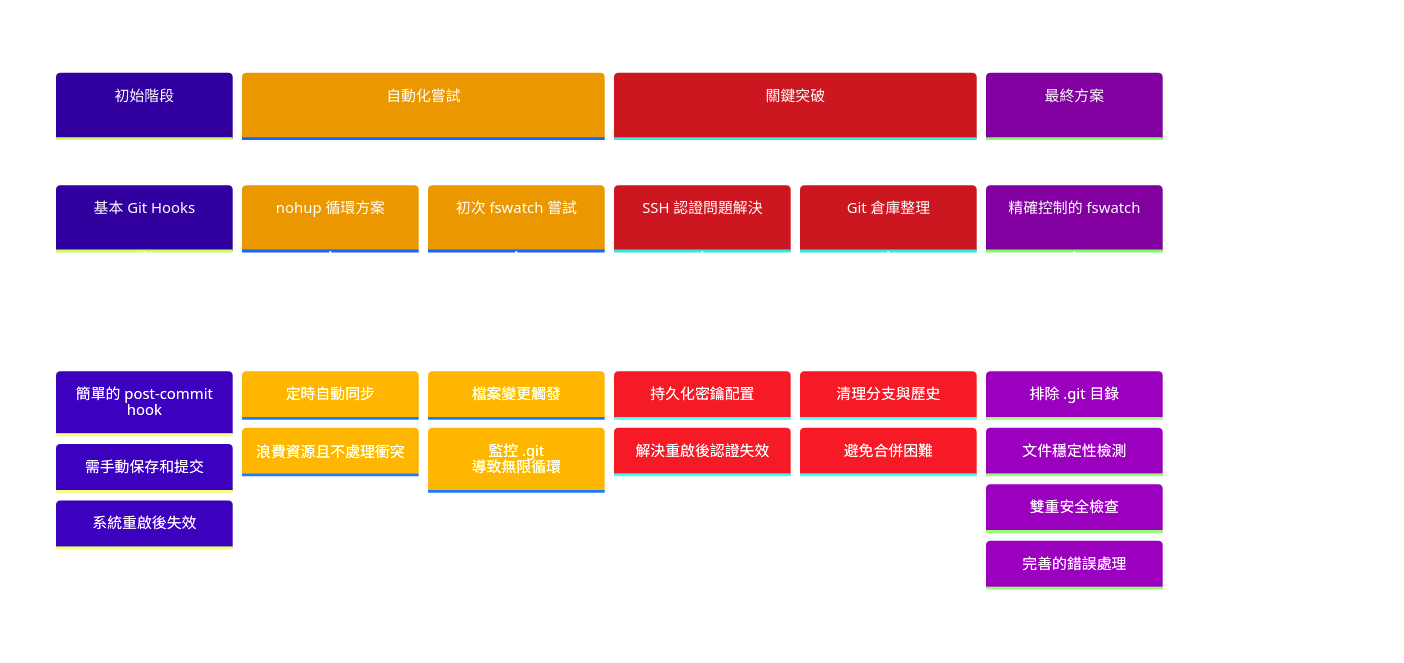
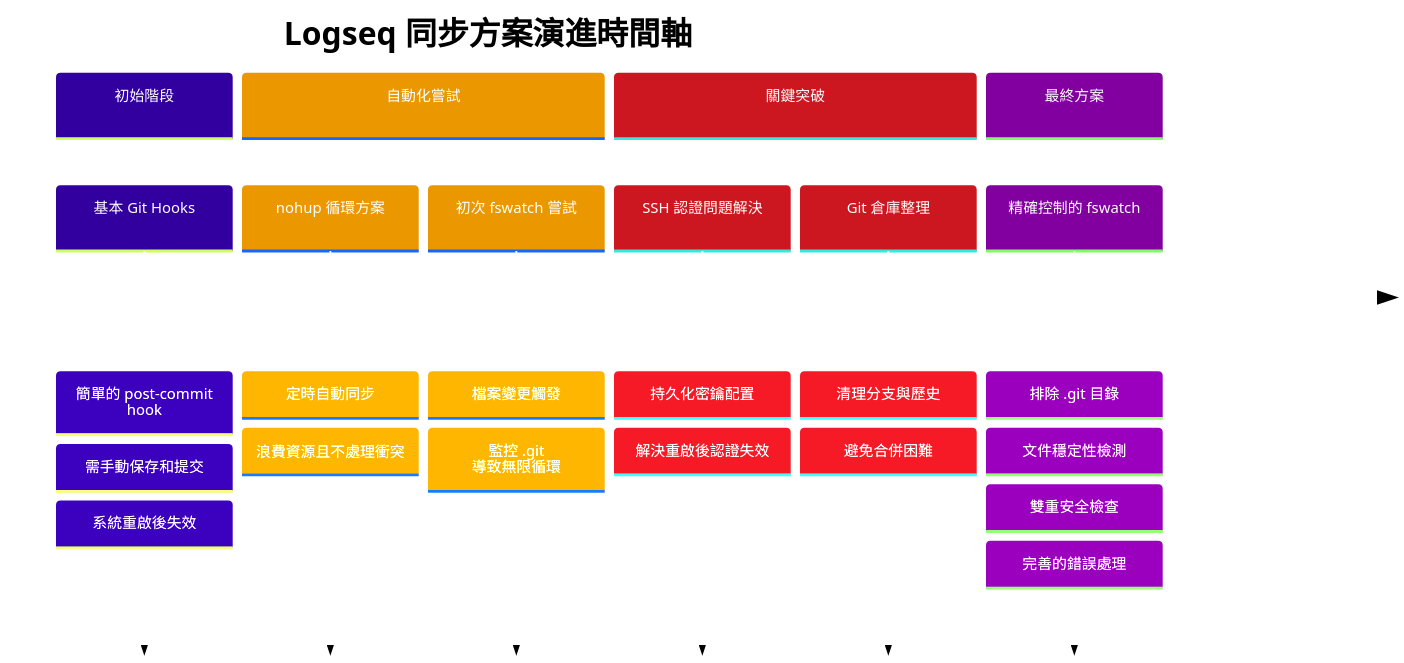
One commit to GengGeng026/Sync-Logseq changed the first of 2 diagrams in Logseq同步方案演進記錄.md. Above: the diagram before and after it, drawn with Mermaid.

Commit message:
Auto-sync: Wed Mar 26 09:33:33 +08 2025

````diff
--- a/Logseq同步方案演進記錄.md
+++ b/Logseq同步方案演進記錄.md
@@ -24,41 +24,41 @@
 ```mermaid
 %%{init: {
   'theme': 'base', 
   'themeVariables': {
     'primaryColor': '#651FFF',
     'primaryTextColor': '#FFFFFF',
     'primaryBorderColor': '#59B79A',
     'lineColor': '#C792EA',
     'secondaryColor': '#FFCB6B',
     'tertiaryColor': '#F07178',
     'background': 'transparent',
-    'textColor': '#FFFFFF',
+    'textColor': '',
     'mainBkg': '#273747',
     'nodeBorder': '#59B79A',
     'clusterBkg': 'transparent',
     'edgeLabelBackground': '#21252B'
   }
 }}%%
 
 timeline
     title Logseq 同步方案演進時間軸
     section 初始階段
         基本 Git Hooks : 簡單的 post-commit hook
         : 需手動保存和提交
         : 系統重啟後失效
     section 自動化嘗試
         nohup 循環方案 : 定時自動同步
         : 浪費資源且不處理衝突
         初次 fswatch 嘗試 : 檔案變更觸發
         : 監控 .git 導致無限循環
     section 關鍵突破
         SSH 認證問題解決 : 持久化密鑰配置
         : 解決重啟後認證失效
         Git 倉庫整理 : 清理分支與歷史
         : 避免合併困難
     section 最終方案
         精確控制的 fswatch : 排除 .git 目錄
         : 文件穩定性檢測
         : 雙重安全檢查
         : 完善的錯誤處理
 ```
````
